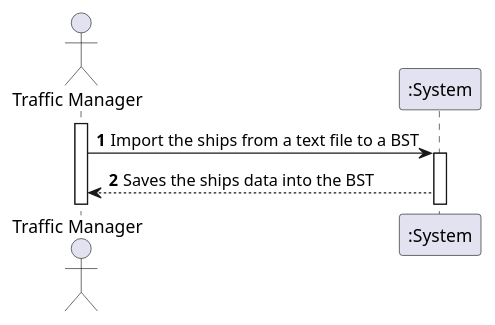
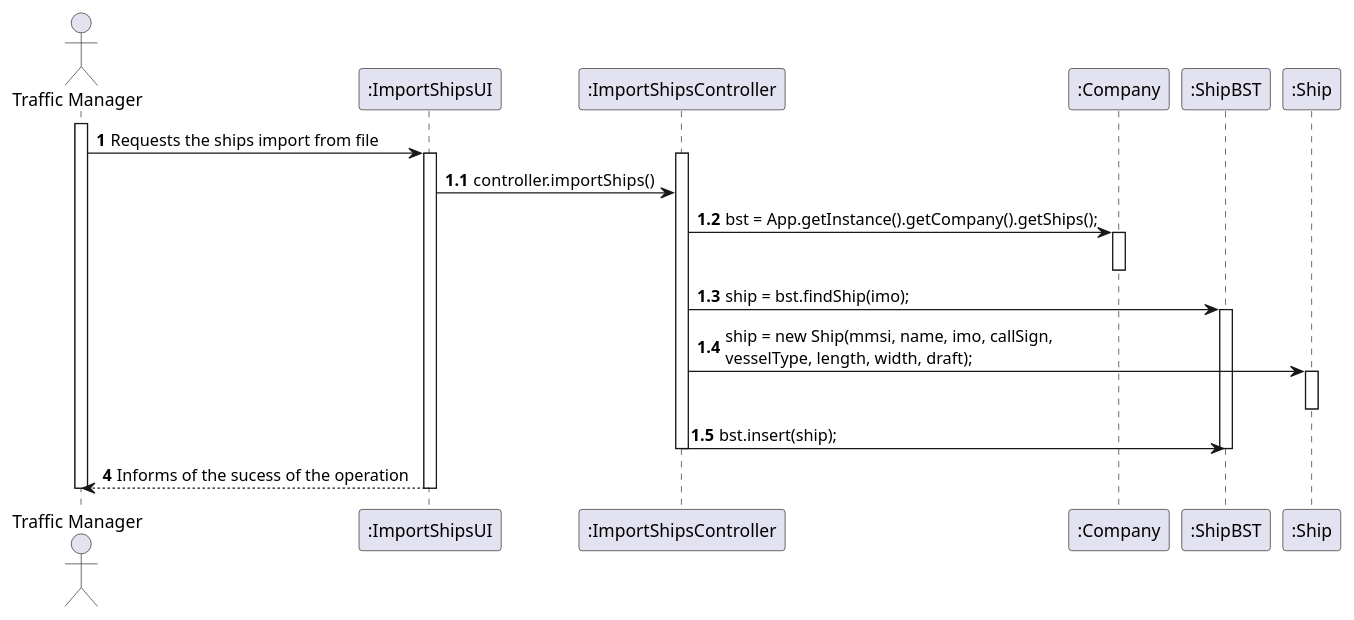
The diagram in docs/Sprint 1/US101/US101_SD.puml (1190772/LAB-Project-3), drawn with PlantUML before and after one commit. The commit also changed 11 other files, not shown here.

```diff
--- a/docs/Sprint 1/US101/US101_SD.puml
+++ b/docs/Sprint 1/US101/US101_SD.puml
@@ -1,14 +1,48 @@
 @startuml
-'https://plantuml.com/sequence-diagram
-
 autonumber
 
+'hide footbox
 actor "Traffic Manager" as TM
 
+participant ":ImportShipsUI" as UI
+participant ":ImportShipsController" as CTRL
+participant ":Company" as COMP
+participant ":ShipBST" as BST
+participant ":Ship" as SHIP
+
 activate TM
-TM -> ":System" : Import the ships from a text file to a BST
+TM -> UI : Requests the ships import from file
+activate UI
+activate CTRL
 
-activate ":System"
-":System" --> TM : Saves the ships data into the BST
+
+autonumber 1.1
+
+UI -> CTRL : controller.importShips()
+
+CTRL -> COMP : bst = App.getInstance().getCompany().getShips();
+activate COMP
+deactivate COMP
+
+CTRL -> BST : ship = bst.findShip(imo);
+activate BST
+
+CTRL -> SHIP : ship = new Ship(mmsi, name, imo, callSign, \nvesselType, length, width, draft);
+
+activate SHIP
+deactivate SHIP
+
+CTRL -> BST : bst.insert(ship);
+
+
+
+deactivate BST
+deactivate CTRL
+
+autonumber 4
+UI --> TM : Informs of the sucess of the operation
+deactivate UI
+
+deactivate TM
 
 @enduml
```
